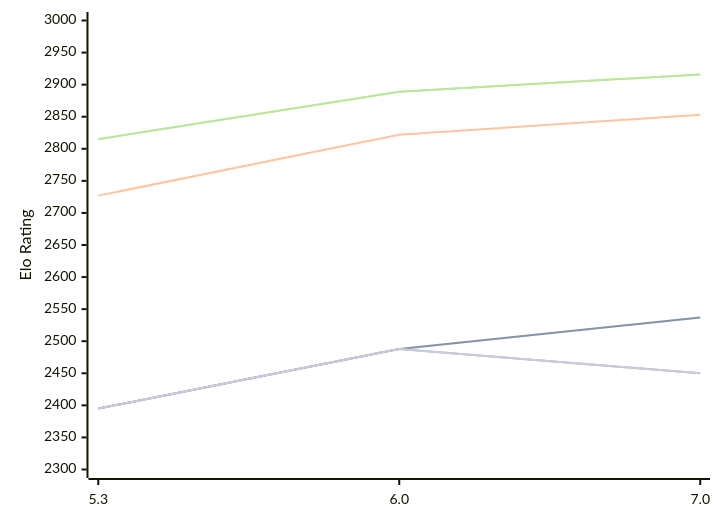
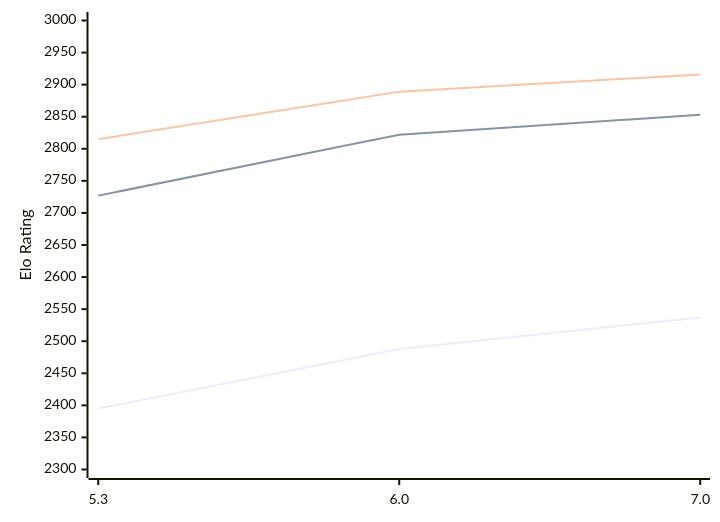
One commit to computer-chess-index/cci changed the diagram in engines/tomitankChess.md. Above: the diagram before and after it, drawn with Mermaid. The commit also changed other lines of this file, not shown here.

````diff
--- a/engines/tomitankChess.md
+++ b/engines/tomitankChess.md
@@ -49,13 +49,9 @@
 ```mermaid
 %%{init: {"theme":"base","themeVariables":{"seriesColors:['#a3a3a3','#222221','#faa371']}}}%%
 xychart-beta
   x-axis ["5.3", "6.0", "7.0"]
   y-axis "Elo Rating" 2300 --> 3000
-  line "" [2395, 2488, 2537]
   line "T1: STC (8.0+0.08s)" [2395, 2488, 2537]
   line "T1: LTC (60.0+0.60s)" [2727, 2822, 2853]
-  line "" [2815, 2889, 2916]
   line "T1: VLTC (2m24s+1.12s)" [2815, 2889, 2916]
-  line "" [2395, 2488,2450]
-  line "E1: STC (8.0+0.08s)" [2395, 2488,2450]
 ```
````
